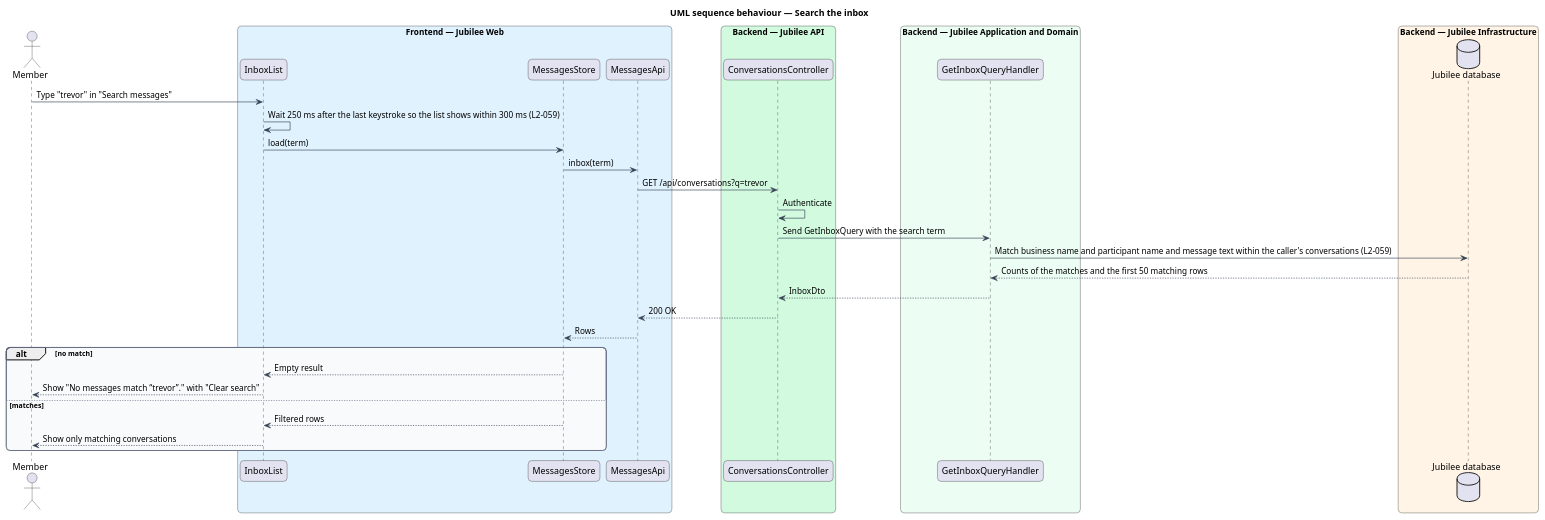
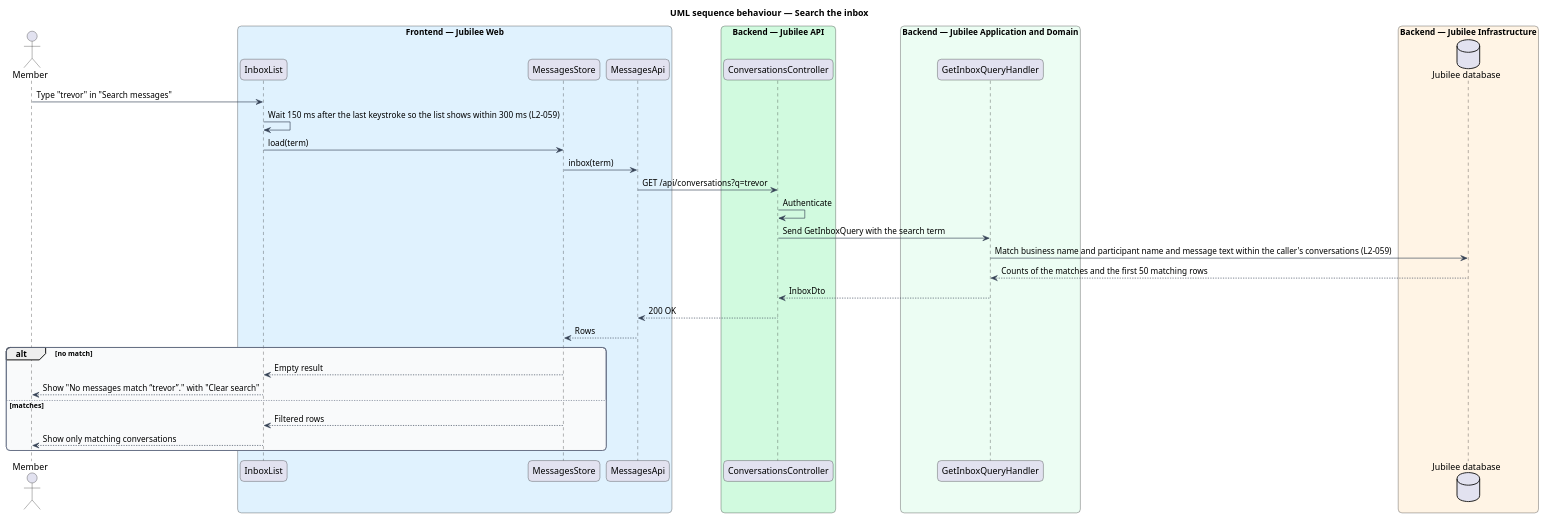
The diagram in docs/detailed-designs/messaging/read-inbox/diagrams/sequence-search-inbox.puml (QuinntyneBrown/jubilee), drawn with PlantUML before and after one commit. The commit also changed 11 other files, not shown here.

```diff
--- a/docs/detailed-designs/messaging/read-inbox/diagrams/sequence-search-inbox.puml
+++ b/docs/detailed-designs/messaging/read-inbox/diagrams/sequence-search-inbox.puml
@@ -1,51 +1,51 @@
 @startuml
 title UML sequence behaviour — Search the inbox
 skinparam backgroundColor #FFFFFF
 skinparam shadowing false
 skinparam roundcorner 12
 skinparam defaultFontName Arial
 skinparam ArrowColor #344054
 skinparam rectangle {
   BorderColor #344054
   FontColor #101828
 }
 skinparam package {
   BorderColor #667085
   FontColor #101828
   BackgroundColor #F9FAFB
 }
 actor "Member" as member
 box "Frontend — Jubilee Web" #E0F2FE
   participant "InboxList" as search
   participant "MessagesStore" as store
   participant "MessagesApi" as client
 end box
 box "Backend — Jubilee API" #D1FADF
   participant "ConversationsController" as controller
 end box
 box "Backend — Jubilee Application and Domain" #ECFDF3
   participant "GetInboxQueryHandler" as handler
 end box
 box "Backend — Jubilee Infrastructure" #FFF4E5
   database "Jubilee database" as db
 end box
 member -> search : Type "trevor" in "Search messages"
-search -> search : Wait 250 ms after the last keystroke so the list shows within 300 ms (L2-059)
+search -> search : Wait 150 ms after the last keystroke so the list shows within 300 ms (L2-059)
 search -> store : load(term)
 store -> client : inbox(term)
 client -> controller : GET /api/conversations?q=trevor
 controller -> controller : Authenticate
 controller -> handler : Send GetInboxQuery with the search term
 handler -> db : Match business name and participant name and message text within the caller's conversations (L2-059)
 db --> handler : Counts of the matches and the first 50 matching rows
 handler --> controller : InboxDto
 controller --> client : 200 OK
 client --> store : Rows
 alt no match
   store --> search : Empty result
   search --> member : Show "No messages match “trevor”." with "Clear search"
 else matches
   store --> search : Filtered rows
   search --> member : Show only matching conversations
 end
 @enduml
```
